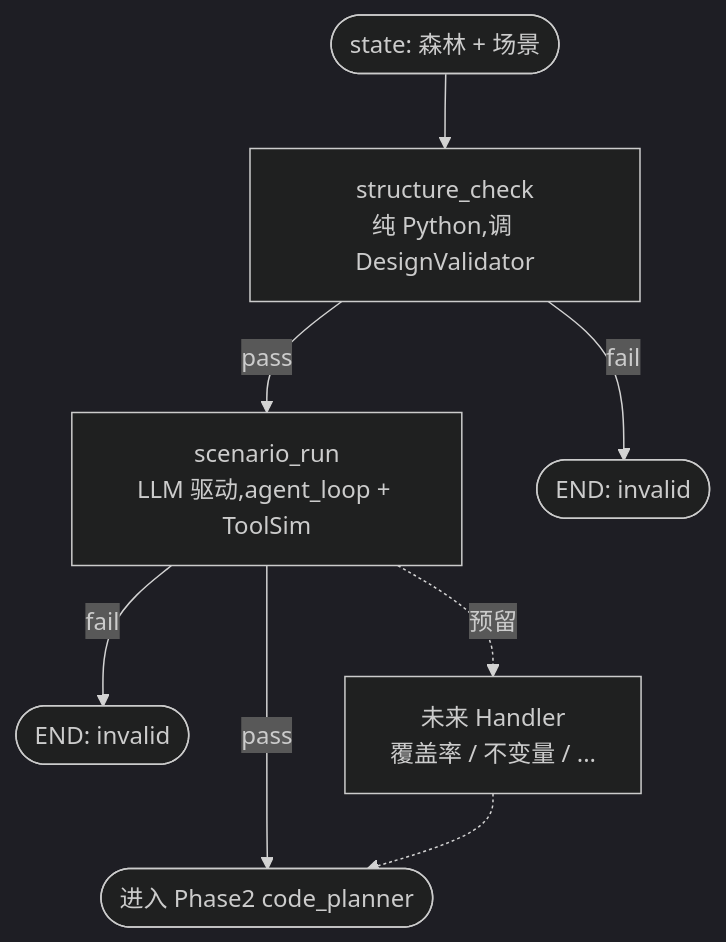
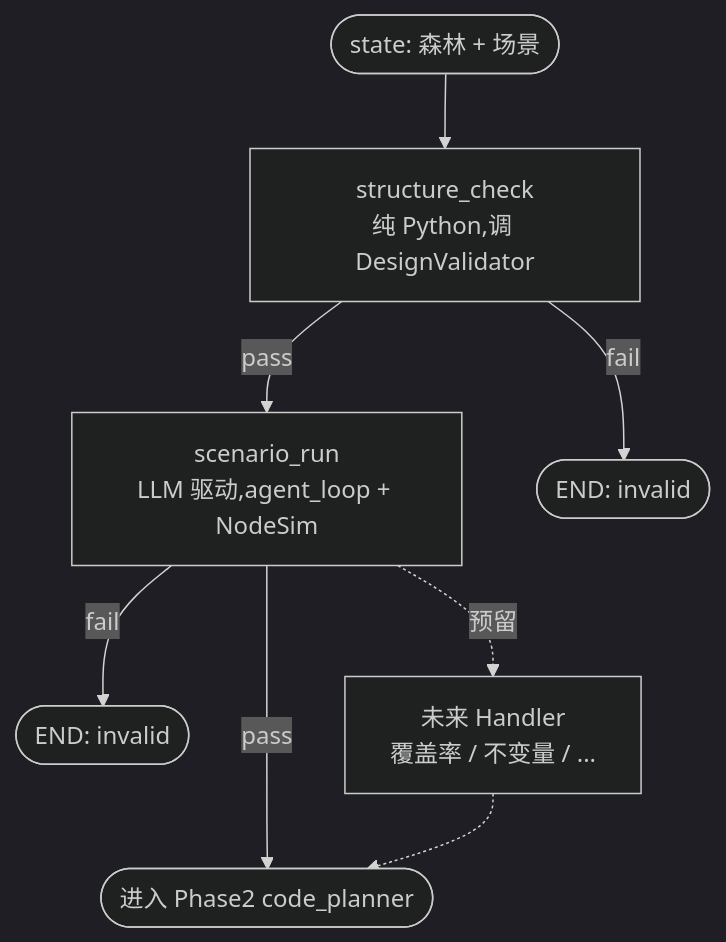
The first of 2 diagrams in Designer/impl-docs/07_Phase1_JSON层.md (toolclub/CodeTranser), drawn with Mermaid (dark theme) before and after one commit. The commit also changed other lines of this file and 6 other files, not shown here.

````diff
--- a/Designer/impl-docs/07_Phase1_JSON层.md
+++ b/Designer/impl-docs/07_Phase1_JSON层.md
@@ -45,11 +45,11 @@
 ```mermaid
 flowchart TD
     Entry([state: 森林 + 场景]) --> H1[structure_check<br/>纯 Python,调 DesignValidator]
-    H1 -->|pass| H2[scenario_run<br/>LLM 驱动,agent_loop + ToolSim]
+    H1 -->|pass| H2[scenario_run<br/>LLM 驱动,agent_loop + NodeSim]
     H1 -->|fail| END1([END: invalid])
     H2 -->|pass| P2([进入 Phase2 code_planner])
     H2 -->|fail| END2([END: invalid])
 
     H2 -.预留.-> HN[未来 Handler<br/>覆盖率 / 不变量 / ...]
     HN -.-> P2
 ```
````
